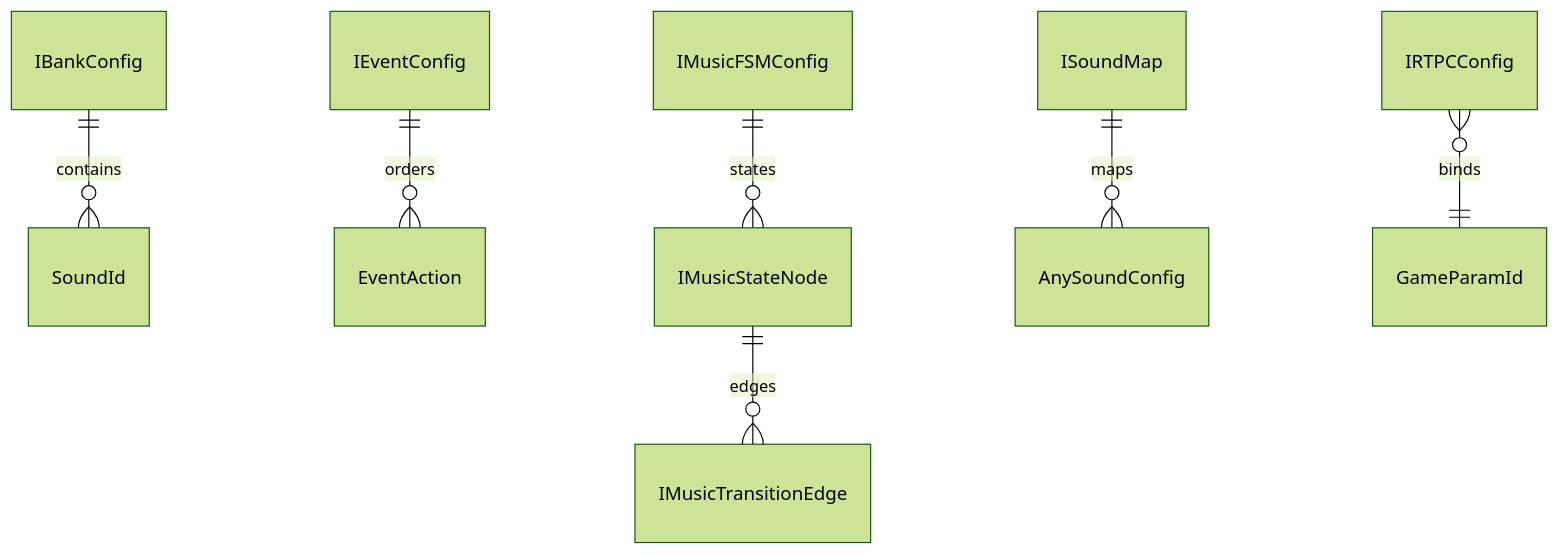
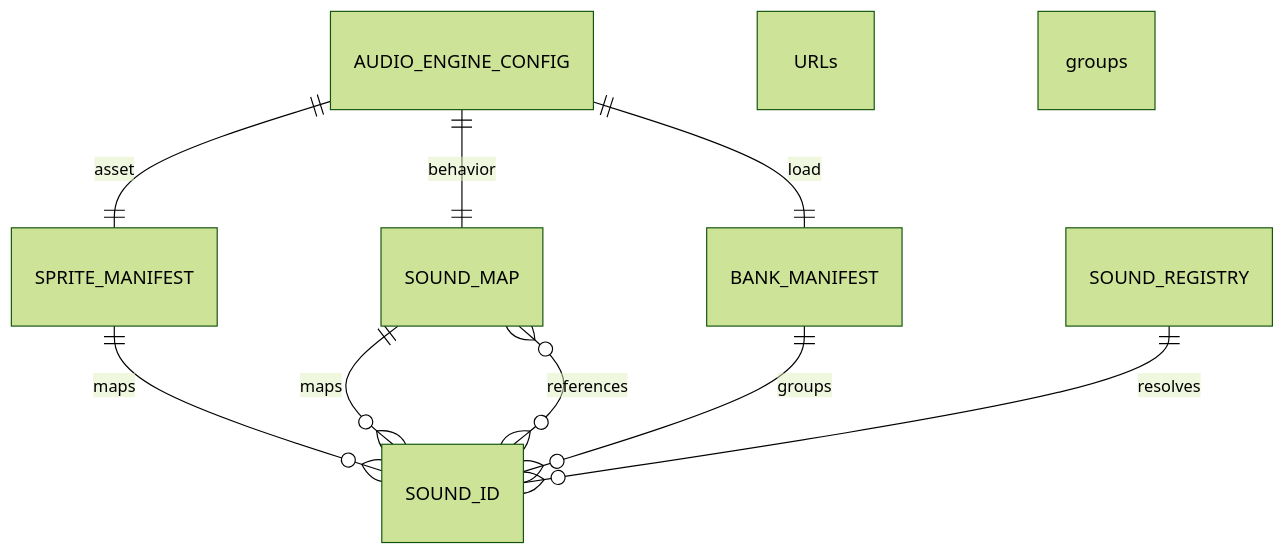
The diagram in openwiki/engine/domain/configuration.md (rapt0p7/scenegrid-console), drawn with Mermaid (forest theme) before and after one commit. The commit also changed other lines of this file and 23 other files, not shown here.

````diff
--- a/openwiki/engine/domain/configuration.md
+++ b/openwiki/engine/domain/configuration.md
@@ -51,9 +56,11 @@
 ```mermaid
 erDiagram
-    IBankConfig ||--o{ SoundId : contains
-    IEventConfig ||--o{ EventAction : orders
-    IMusicFSMConfig ||--o{ IMusicStateNode : states
-    IMusicStateNode ||--o{ IMusicTransitionEdge : edges
-    ISoundMap ||--o{ AnySoundConfig : maps
-    IRTPCConfig }o--|| GameParamId : binds
+    AUDIO_ENGINE_CONFIG ||--|| SPRITE_MANIFEST : asset URLs
+    AUDIO_ENGINE_CONFIG ||--|| SOUND_MAP : behavior
+    AUDIO_ENGINE_CONFIG ||--|| BANK_MANIFEST : load groups
+    SPRITE_MANIFEST ||--o{ SOUND_ID : maps
+    SOUND_MAP ||--o{ SOUND_ID : maps
+    BANK_MANIFEST ||--o{ SOUND_ID : groups
+    SOUND_MAP }o--o{ SOUND_ID : references
+    SOUND_REGISTRY ||--o{ SOUND_ID : resolves
 ```
````
